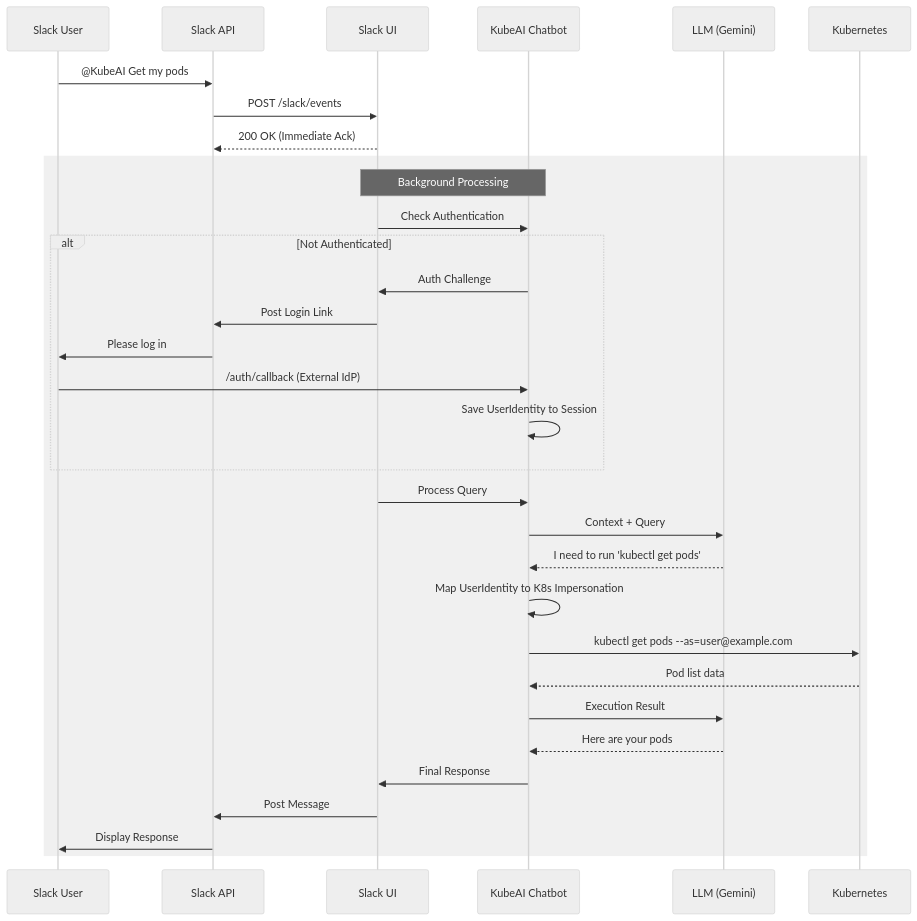
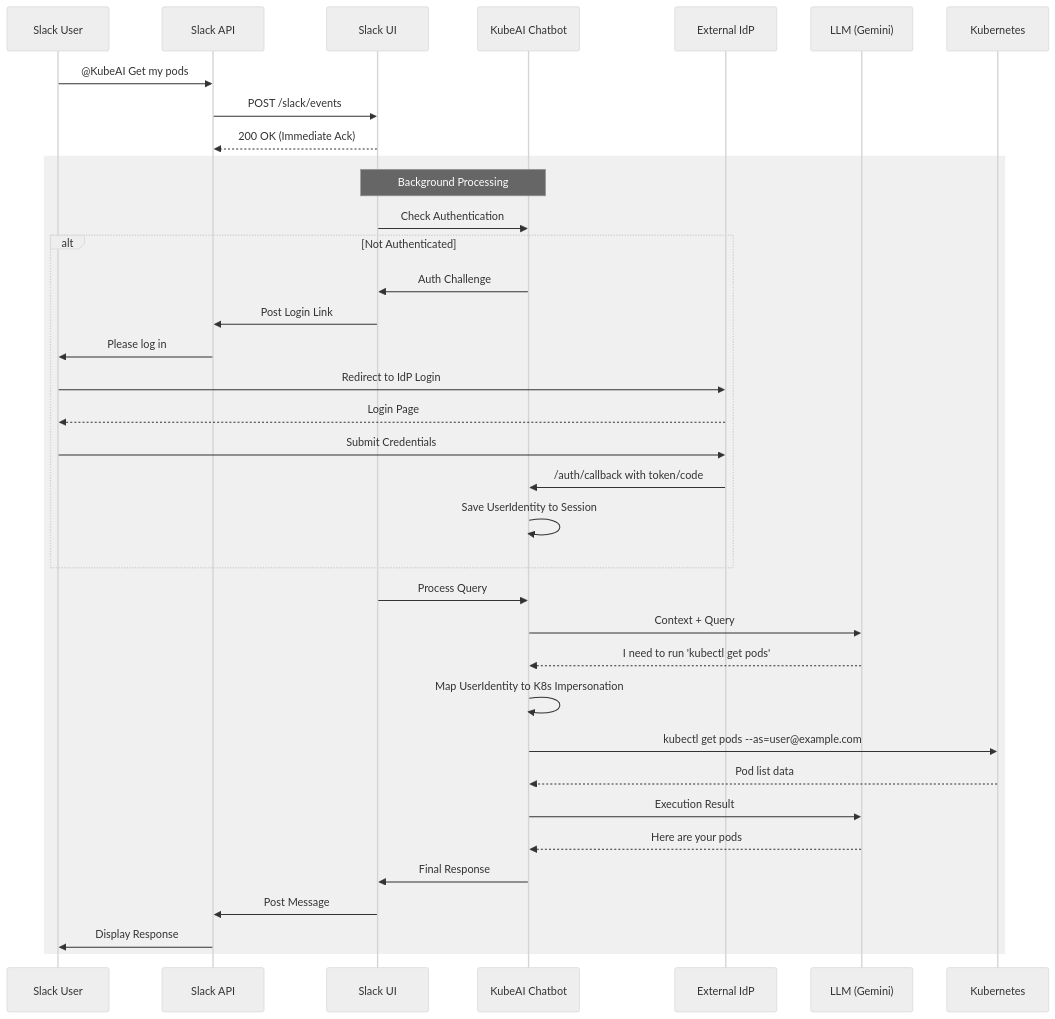
The third of 3 diagrams in docs/architecture.md (KongZ/kubeai-chatbot), drawn with Mermaid (neutral theme) before and after one commit. The commit also changed other lines of this file and 15 other files, not shown here.

````diff
--- a/docs/architecture.md
+++ b/docs/architecture.md
@@ -92,37 +92,41 @@
 ```mermaid
 sequenceDiagram
   participant U as Slack User
   participant S as Slack API
   participant UI as Slack UI
   participant Ag as KubeAI Chatbot
+  participant IdP as External IdP
   participant L as LLM (Gemini)
   participant K as Kubernetes
 
   U->>S: @KubeAI Get my pods
   S->>UI: POST /slack/events
   UI-->>S: 200 OK (Immediate Ack)
 
   rect rgb(240, 240, 240)
   Note over UI,Ag: Background Processing
   UI->>Ag: Check Authentication
   alt Not Authenticated
       Ag->>UI: Auth Challenge
       UI->>S: Post Login Link
       S->>U: Please log in
-      U->>Ag: /auth/callback (External IdP)
+      U->>IdP: Redirect to IdP Login
+      IdP-->>U: Login Page
+      U->>IdP: Submit Credentials
+      IdP->>Ag: /auth/callback with token/code
       Ag->>Ag: Save UserIdentity to Session
   end
 
   UI->>Ag: Process Query
   Ag->>L: Context + Query
   L-->>Ag: I need to run 'kubectl get pods'
   Ag->>Ag: Map UserIdentity to K8s Impersonation
   Ag->>K: kubectl get pods --as=user@example.com
   K-->>Ag: Pod list data
   Ag->>L: Execution Result
   L-->>Ag: Here are your pods
   Ag->>UI: Final Response
   UI->>S: Post Message
   S->>U: Display Response
   end
 ```
````
